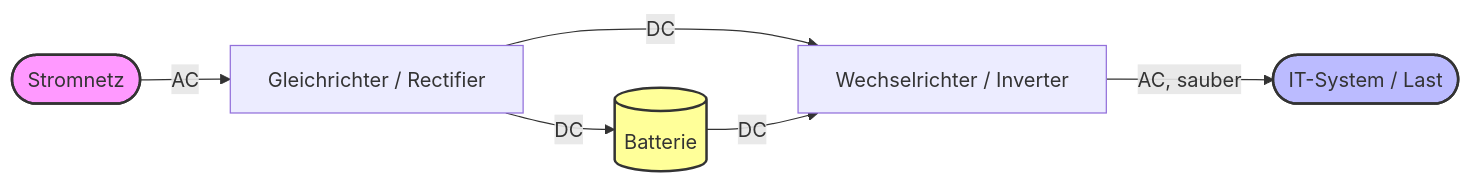
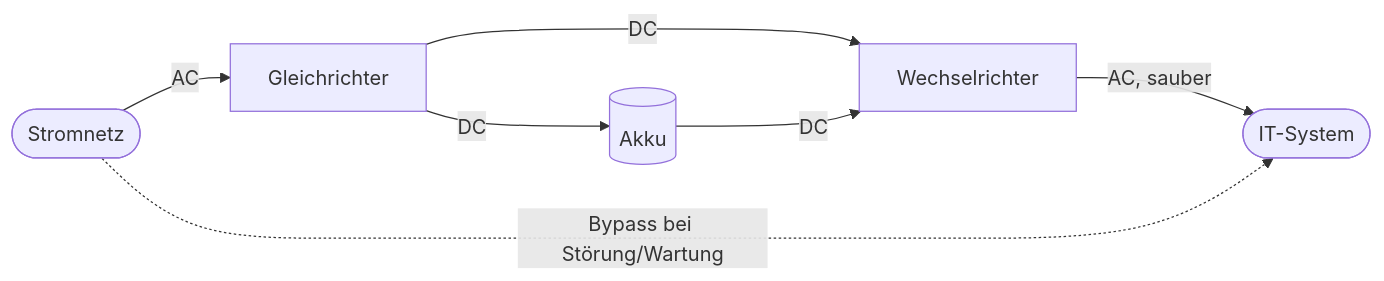
Before and after one commit to Shroudmoa/ihk: the diagram in refactoredtree/IT/FiSi-Administrator/Server/usv.md, drawn with Mermaid. The commit also changed other lines of this file and 191 other files, not shown here.

````diff
--- a/refactoredtree/IT/FiSi-Administrator/Server/usv.md
+++ b/refactoredtree/IT/FiSi-Administrator/Server/usv.md
@@ -16,12 +33,9 @@
 ```mermaid
 flowchart LR
-    Netz([Stromnetz]) -->|AC| Gleichrichter[Gleichrichter / Rectifier]
-    Gleichrichter -->|DC| Batterie[(Batterie)]
-    Gleichrichter -->|DC| Wechselrichter[Wechselrichter / Inverter]
+    Netz([Stromnetz]) -->|AC| Gleichrichter[Gleichrichter]
+    Gleichrichter -->|DC| Batterie[(Akku)]
+    Gleichrichter -->|DC| Wechselrichter[Wechselrichter]
     Batterie -->|DC| Wechselrichter
-    Wechselrichter -->|AC, sauber| Last([IT-System / Last])
-    
-    style Netz fill:#f9f,stroke:#333,stroke-width:2px
-    style Last fill:#bbf,stroke:#333,stroke-width:2px
-    style Batterie fill:#ff9,stroke:#333,stroke-width:2px
+    Wechselrichter -->|AC, sauber| Last([IT-System])
+    Netz -.->|Bypass bei Störung/Wartung| Last
 ```
````
